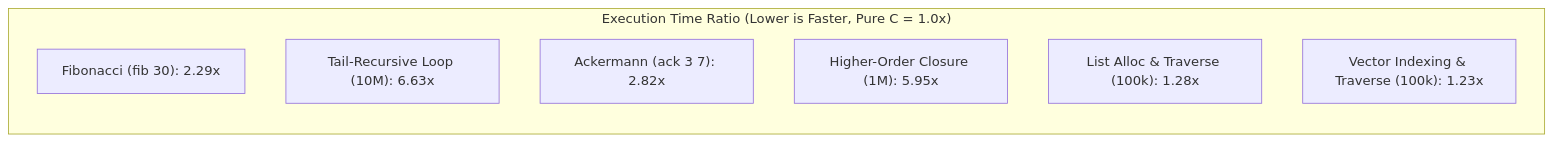
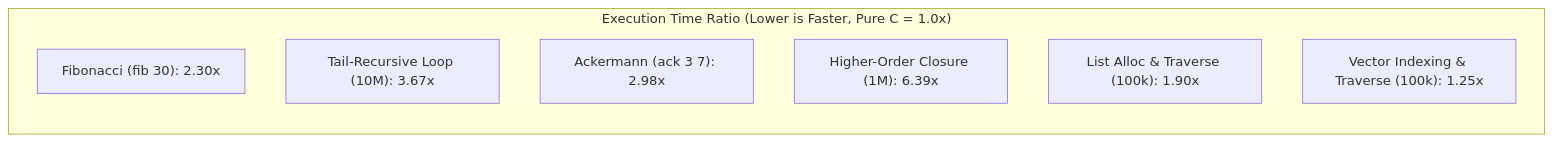
One commit to rokujyouhitoma/arxiv-security-papers changed the first of 2 diagrams in ulisp/benchmarks/BASELINE.md. Above: the diagram before and after it, drawn with Mermaid. The commit also changed other lines of this file and 12 other files, not shown here.

````diff
--- a/ulisp/benchmarks/BASELINE.md
+++ b/ulisp/benchmarks/BASELINE.md
@@ -77,11 +88,11 @@
 ```mermaid
 graph LR
     subgraph "Execution Time Ratio (Lower is Faster, Pure C = 1.0x)"
-        fib_30["Fibonacci (fib 30): 2.29x"]
-        loop_10m["Tail-Recursive Loop (10M): 6.63x"]
-        ack_3_7["Ackermann (ack 3 7): 2.82x"]
-        closure_1m["Higher-Order Closure (1M): 5.95x"]
-        list_100k["List Alloc & Traverse (100k): 1.28x"]
-        vector_100k["Vector Indexing & Traverse (100k): 1.23x"]
+        fib_30["Fibonacci (fib 30): 2.30x"]
+        loop_10m["Tail-Recursive Loop (10M): 3.67x"]
+        ack_3_7["Ackermann (ack 3 7): 2.98x"]
+        closure_1m["Higher-Order Closure (1M): 6.39x"]
+        list_100k["List Alloc & Traverse (100k): 1.90x"]
+        vector_100k["Vector Indexing & Traverse (100k): 1.25x"]
     end
 ```
````
